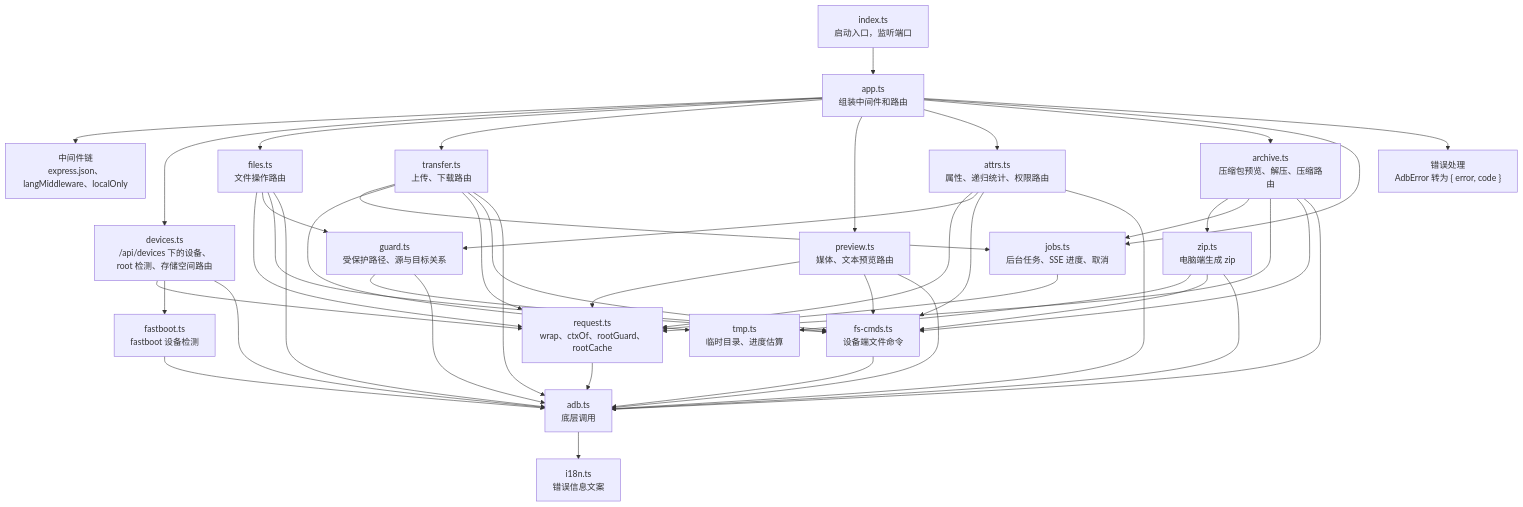
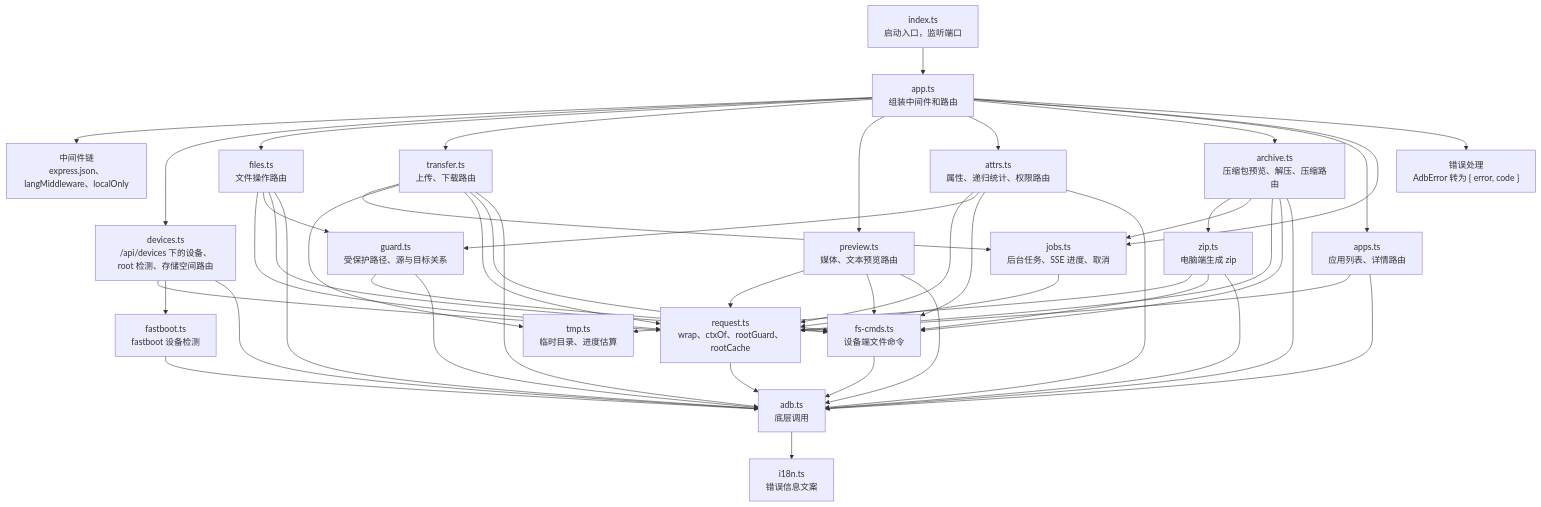
One commit to wynnyu/adb-file-manager changed the third of 13 diagrams in docs/architecture.md. Above: the diagram before and after it, drawn with Mermaid. The commit also changed other lines of this file and 5 other files, not shown here.

````diff
--- a/docs/architecture.md
+++ b/docs/architecture.md
@@ -68,23 +68,24 @@
 ```mermaid
 flowchart TB
   index["index.ts<br/>启动入口，监听端口"] --> app["app.ts<br/>组装中间件和路由"]
   app --> mw["中间件链<br/>express.json、langMiddleware、localOnly"]
   app --> devices["devices.ts<br/>/api/devices 下的设备、root 检测、存储空间路由"]
   app --> files["files.ts<br/>文件操作路由"]
   app --> transfer["transfer.ts<br/>上传、下载路由"]
   app --> preview["preview.ts<br/>媒体、文本预览路由"]
   app --> attrs["attrs.ts<br/>属性、递归统计、权限路由"]
   app --> archive["archive.ts<br/>压缩包预览、解压、压缩路由"]
+  app --> apps["apps.ts<br/>应用列表、详情路由"]
   app --> jobs["jobs.ts<br/>后台任务、SSE 进度、取消"]
   archive --> zip["zip.ts<br/>电脑端生成 zip"]
   archive & transfer --> jobs
   zip & transfer --> tmp["tmp.ts<br/>临时目录、进度估算"]
   app --> errh["错误处理<br/>AdbError 转为 { error, code }"]
-  files & transfer & preview & attrs & archive & devices & jobs --> request["request.ts<br/>wrap、ctxOf、rootGuard、rootCache"]
+  files & transfer & preview & attrs & archive & devices & jobs & apps --> request["request.ts<br/>wrap、ctxOf、rootGuard、rootCache"]
   files & attrs --> guard["guard.ts<br/>受保护路径、源与目标关系"]
   files & transfer & preview & attrs & archive & zip & guard --> fscmds["fs-cmds.ts<br/>设备端文件命令"]
   devices --> fastboot["fastboot.ts<br/>fastboot 设备检测"]
   fastboot --> adb
-  fscmds & devices & request & guard & files & transfer & preview & attrs & archive & zip --> adb["adb.ts<br/>底层调用"]
+  fscmds & devices & request & guard & files & transfer & preview & attrs & archive & zip & apps --> adb["adb.ts<br/>底层调用"]
   adb --> i18n["i18n.ts<br/>错误信息文案"]
 ```
````
